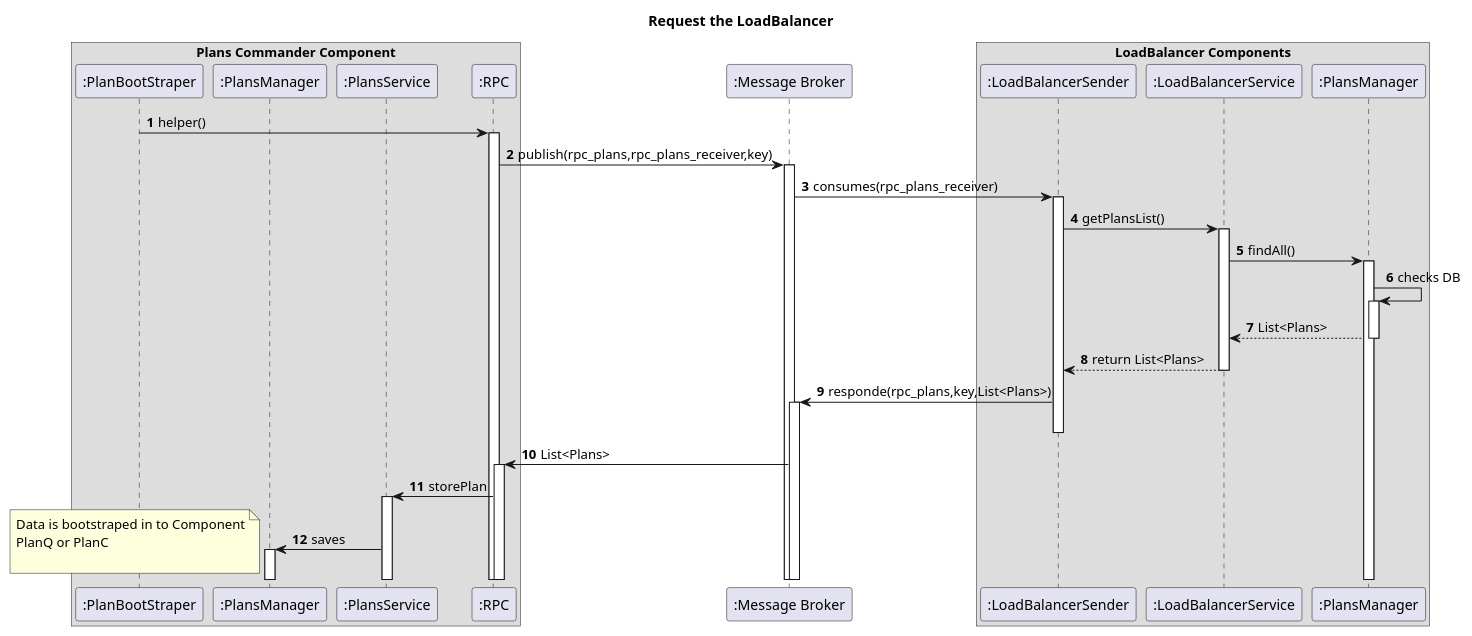
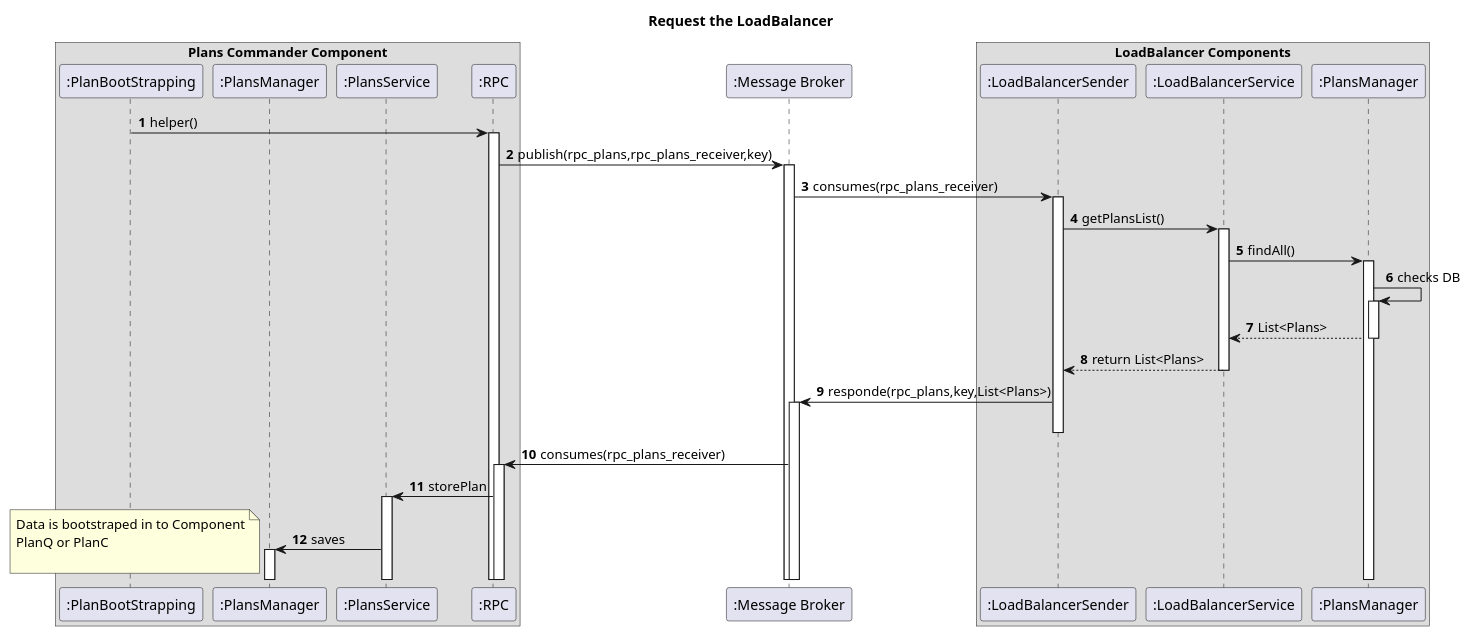
The diagram in docs_sidis/Terceira_Avaliação/Bonus/LoadBalancer/N3/RequestToTheLoadBalancer.puml (IsepMartimOliveira/SIDIS), drawn with PlantUML before and after one commit. The commit also changed 10 other files, not shown here.

```diff
--- a/docs_sidis/Terceira_Avaliação/Bonus/LoadBalancer/N3/RequestToTheLoadBalancer.puml
+++ b/docs_sidis/Terceira_Avaliação/Bonus/LoadBalancer/N3/RequestToTheLoadBalancer.puml
@@ -1,66 +1,66 @@
 @startuml
 'https://plantuml.com/sequence-diagram
 autoactivate on
 autonumber
 title  Request the LoadBalancer
 
 autonumber
 box "Plans Commander Component"
-participant ":PlanBootStraper" as PBS
+participant ":PlanBootStrapping" as PBS
 participant ":PlansManager" as PManager2
 participant ":PlansService" as Service
 participant ":RPC" as Auth
 end box
 
 
 
 participant ":Message Broker" as Broker
 box "LoadBalancer Components"
 participant ":LoadBalancerSender" as LOAD
 participant ":LoadBalancerService" as LDBSERVICE
 participant ":PlansManager" as PManager
 end box
 
 
 
 
 note right
 The component starts
 end note
 PBS->Auth:helper()
 Auth->Broker:publish(rpc_plans,rpc_plans_receiver,key)
 
 Broker->LOAD:consumes(rpc_plans_receiver)
 LOAD->LDBSERVICE:getPlansList()
 LDBSERVICE->PManager:findAll()
 PManager->PManager:checks DB
 PManager-->LDBSERVICE:List<Plans>
 
 LDBSERVICE-->LOAD:return List<Plans>
 LOAD->Broker:responde(rpc_plans,key,List<Plans>)
 deactivate LOAD
-Broker->Auth:List<Plans>
+Broker->Auth:consumes(rpc_plans_receiver)
 Auth->Service:storePlan
 Service->PManager2:saves
 
 note left
 Data is bootstraped in to Component
 PlanQ or PlanC
 
 end note
 
 
 
 
 
 
 
 
 
 
 
 
 
 
 
 @enduml
```
